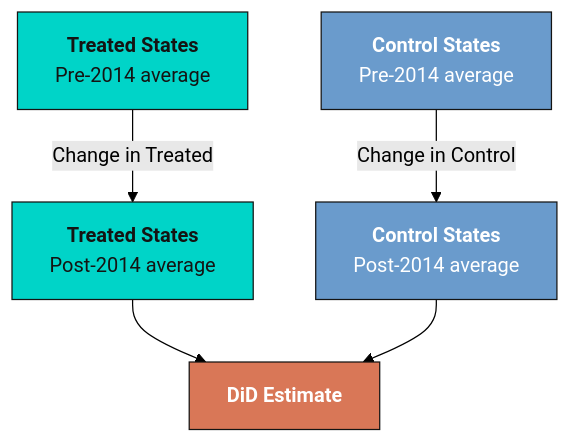
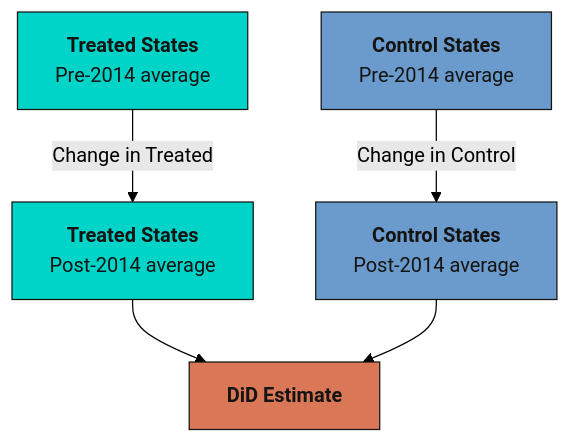
The second of 4 diagrams in content/post/stata_honestdid/index.md (cmg777/starter-academic-v501), drawn with Mermaid (forest theme) before and after one commit. The commit also changed other lines of this file and 67 other files, not shown here.

First line of the commit message:
fix(mermaid): readable diagram text in both themes across the site

````diff
--- a/content/post/stata_honestdid/index.md
+++ b/content/post/stata_honestdid/index.md
@@ -370,19 +370,19 @@
 ```mermaid
 graph TD
     PRE_T["<b>Treated States</b><br/>Pre-2014 average"]
     PRE_C["<b>Control States</b><br/>Pre-2014 average"]
     POST_T["<b>Treated States</b><br/>Post-2014 average"]
     POST_C["<b>Control States</b><br/>Post-2014 average"]
     DID["<b>DiD Estimate</b>"]
 
     PRE_T -->|"Change in Treated"| POST_T
     PRE_C -->|"Change in Control"| POST_C
     POST_T --> DID
     POST_C --> DID
 
     style PRE_T fill:#00d4c8,stroke:#141413,color:#141413
     style POST_T fill:#00d4c8,stroke:#141413,color:#141413
-    style PRE_C fill:#6a9bcc,stroke:#141413,color:#fff
-    style POST_C fill:#6a9bcc,stroke:#141413,color:#fff
-    style DID fill:#d97757,stroke:#141413,color:#fff
+    style PRE_C fill:#6a9bcc,stroke:#141413,color:#141413
+    style POST_C fill:#6a9bcc,stroke:#141413,color:#141413
+    style DID fill:#d97757,stroke:#141413,color:#141413
 ```
````
